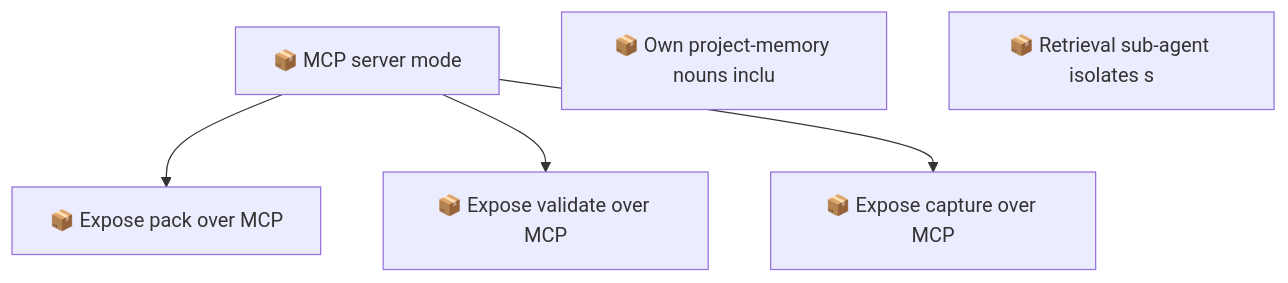
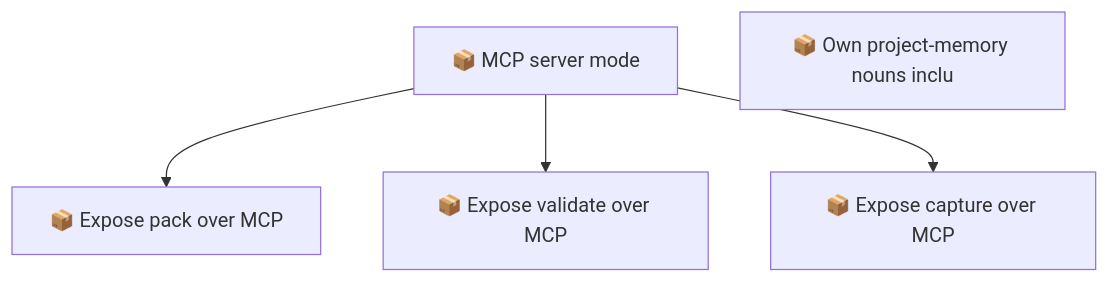
The second of 2 diagrams in docs/roadmap.md (SpillwaveSolutions/project-knowledge-capture), drawn with Mermaid before and after one commit. The commit also changed other lines of this file and 2 other files, not shown here.

First line of the commit message:
test: match retriever contract wording 01M2B9WVA9NSC7WFRR9WYB0X2V

````diff
--- a/docs/roadmap.md
+++ b/docs/roadmap.md
@@ -87,12 +74,11 @@
 ```mermaid
 graph TD
     01KZ75NQCMYGFYRCVJATEBVBRB["📦 MCP server mode"]
     01KZ75R3EXEG4GVGRP2S9CCKZ4["📦 Expose pack over MCP"]
     01KZ75R3M6BYQ643NKDCCSEEZC["📦 Expose validate over MCP"]
     01KZ75R3S2X1G4PCTGMMSR8BWA["📦 Expose capture over MCP"]
     01M0SZFFPWEVN9YX9D9RYZ1ZC1["📦 Own project-memory nouns inclu"]
-    01M2B9WVA9NSC7WFRR9WYB0X2V["📦 Retrieval sub-agent isolates s"]
     01KZ75NQCMYGFYRCVJATEBVBRB --> 01KZ75R3EXEG4GVGRP2S9CCKZ4
     01KZ75NQCMYGFYRCVJATEBVBRB --> 01KZ75R3M6BYQ643NKDCCSEEZC
     01KZ75NQCMYGFYRCVJATEBVBRB --> 01KZ75R3S2X1G4PCTGMMSR8BWA
 ```
````
